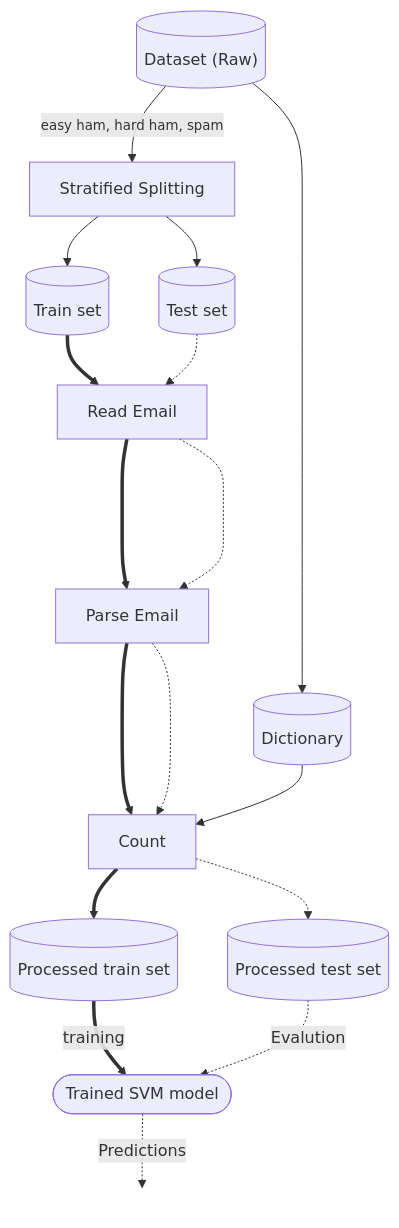
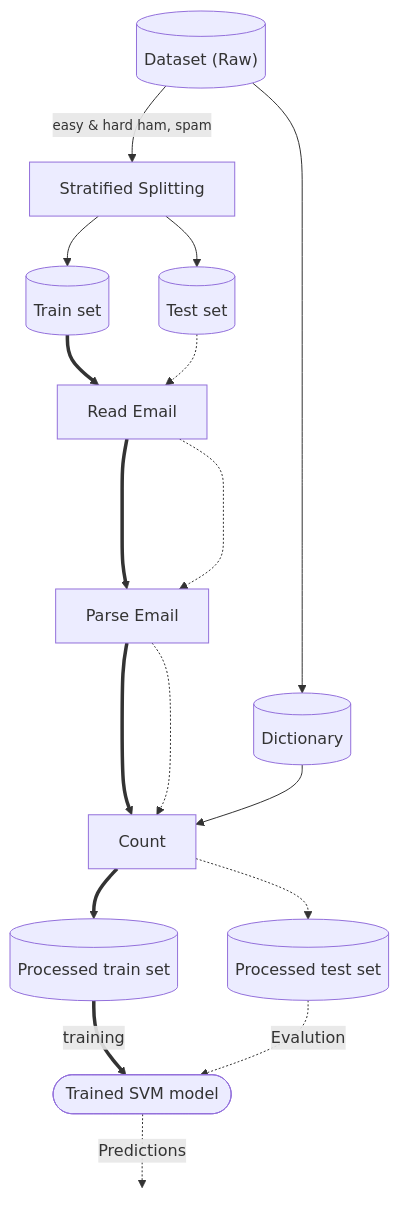
The diagram in README.md (maaz7409/email_classifier), drawn with Mermaid before and after one commit.

Commit message:
Fixed Readme Flowchart Render Bug

````diff
--- a/README.md
+++ b/README.md
@@ -9,39 +9,39 @@
 ```mermaid 
 
 
 flowchart TD
-    A[("Dataset (Raw)")] -->|<small> easy ham, hard ham, spam </small>| B1[Stratified Splitting] 
+    A[("Dataset (Raw)")] -->|<small> easy & hard ham, spam </small>| B1[Stratified Splitting] 
 
     A --> B2[(Dictionary)]
 
     B1 --> C1[(Train set)]
     B1 --> C2[(Test set)]
 
     C1 ==> D["Read Email"]
     C2 -.-> D
 
     D ==> E[Parse Email]
     D -...-> E
 
     E ==> F[Count]
     E -..-> F
 
     B2 --> F
 
     F ==> G1[(Processed train set)]
     F -.-> G2[(Processed test set)]
 
     G1 ==>|training| H([ Trained SVM model])
 
     G2 -.->|Evalution| H
 
     H -.->|Predictions| I[" "]
 
     style I fill:None, stroke:None; 
 
 
 
     
 
 
 ```
````
